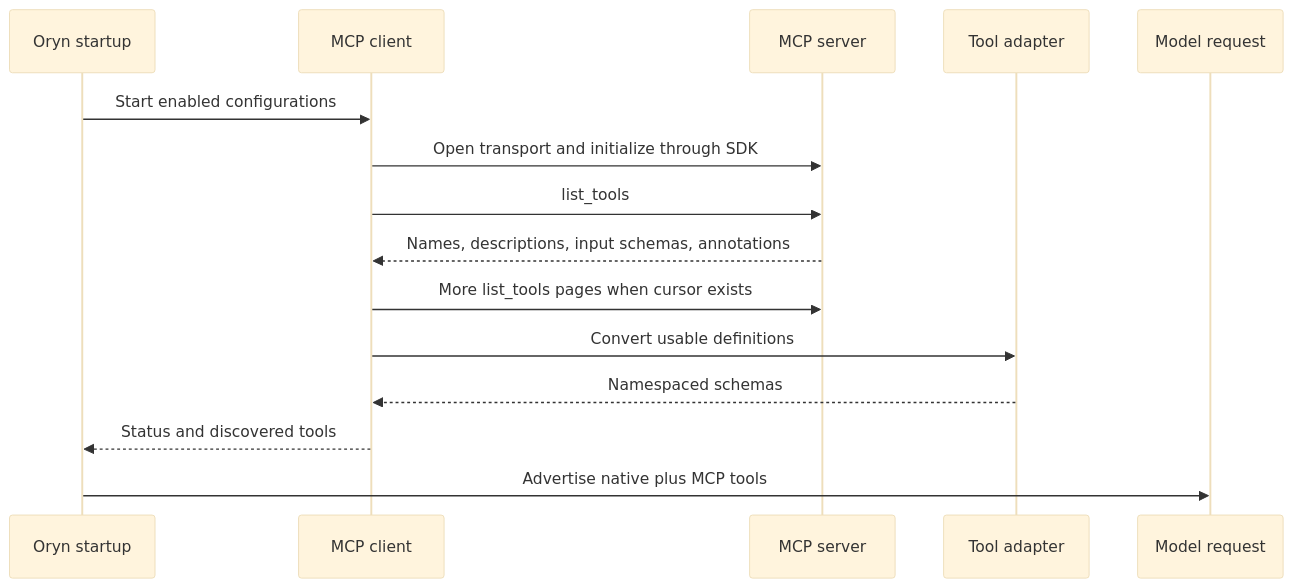
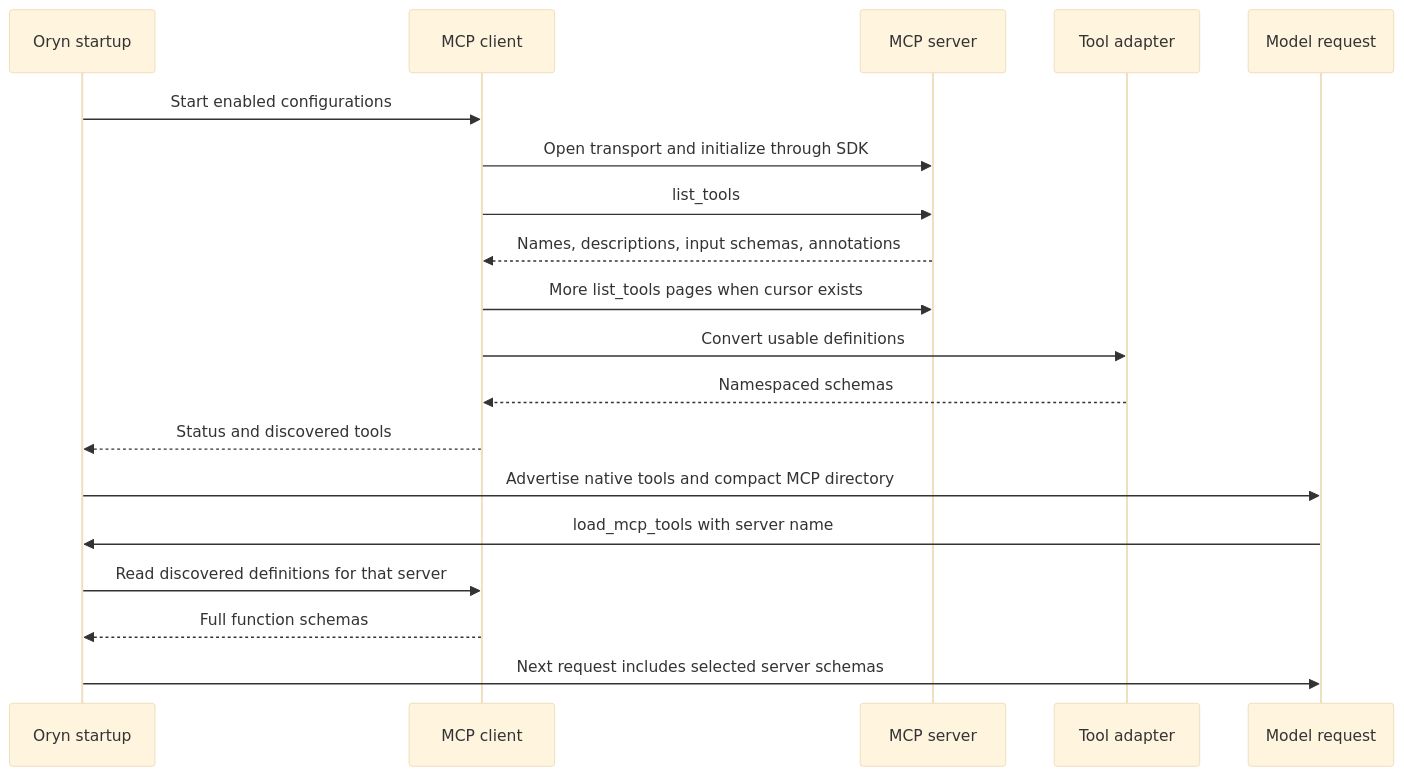
The second of 4 diagrams in src/docs/08-mcp-fundamentals-and-connections.md (MetalCloth/mini-hermes), drawn with Mermaid (base theme) before and after one commit. The commit also changed other lines of this file and 18 other files, not shown here.

Commit message:
Load MCP tools on demand and improve TUI session behavior

````diff
--- a/src/docs/08-mcp-fundamentals-and-connections.md
+++ b/src/docs/08-mcp-fundamentals-and-connections.md
@@ -52,17 +53,21 @@
 ```mermaid
 sequenceDiagram
     participant O as Oryn startup
     participant C as MCP client
     participant S as MCP server
     participant A as Tool adapter
     participant L as Model request
     O->>C: Start enabled configurations
     C->>S: Open transport and initialize through SDK
     C->>S: list_tools
     S-->>C: Names, descriptions, input schemas, annotations
     C->>S: More list_tools pages when cursor exists
     C->>A: Convert usable definitions
     A-->>C: Namespaced schemas
     C-->>O: Status and discovered tools
-    O->>L: Advertise native plus MCP tools
+    O->>L: Advertise native tools and compact MCP directory
+    L->>O: load_mcp_tools with server name
+    O->>C: Read discovered definitions for that server
+    C-->>O: Full function schemas
+    O->>L: Next request includes selected server schemas
 ```
````
